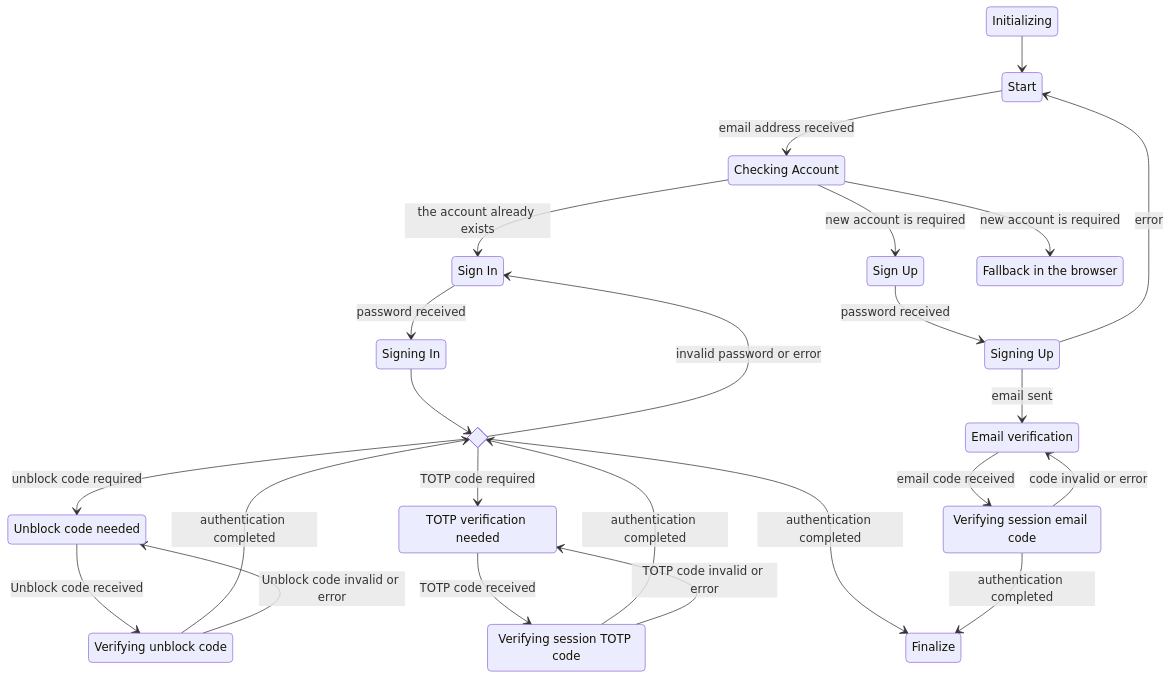
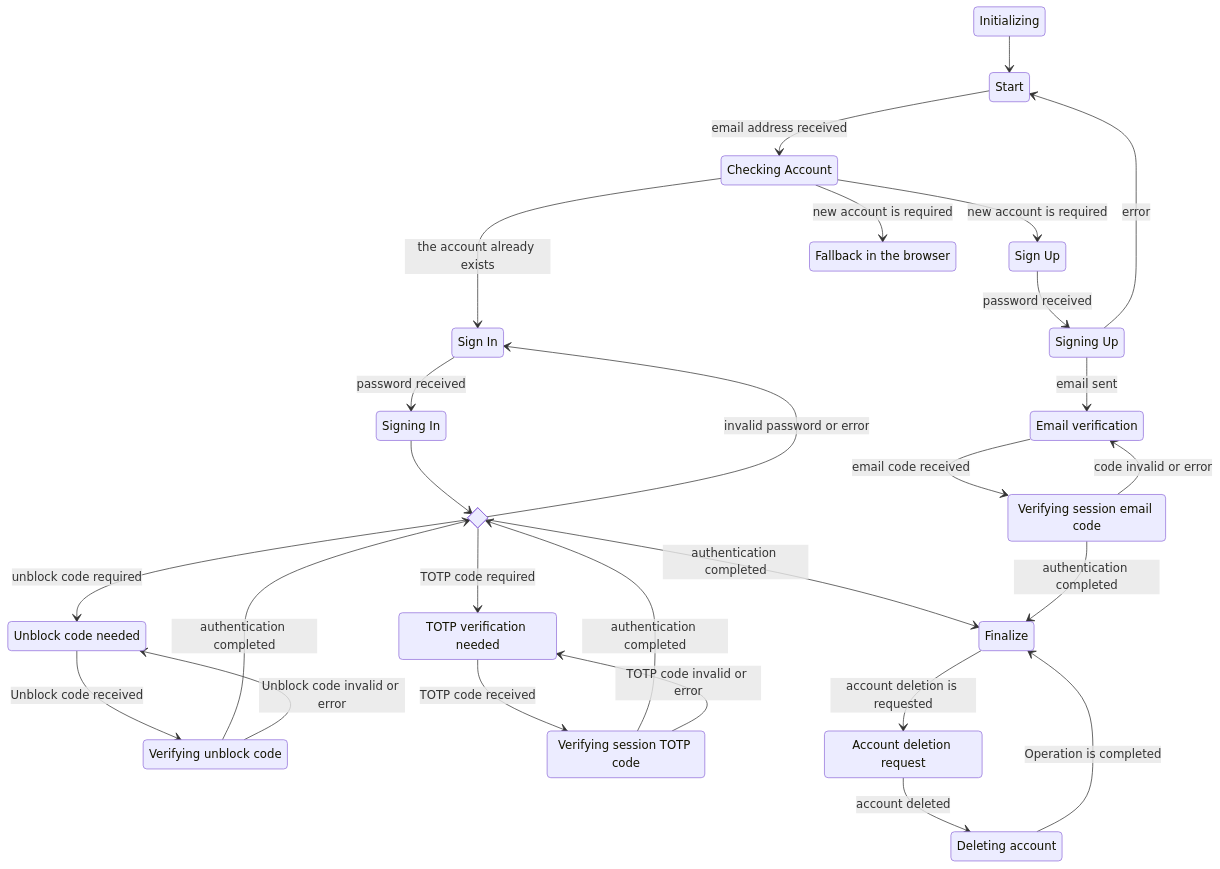
Before and after one commit to mozilla-mobile/mozilla-vpn-client: the diagram in docs/authentication-in-app.md, drawn with Mermaid. The commit also changed other lines of this file and 30 other files, not shown here.

Commit message:
Use the auth-in-app component for account deletion

````diff
--- a/docs/authentication-in-app.md
+++ b/docs/authentication-in-app.md
@@ -292,41 +314,46 @@
 ```mermaid
 stateDiagram-v2
   Start: Start
   CheckingAccount: Checking Account
   SignIn: Sign In
   SignUp: Sign Up
   Fallback: Fallback in the browser
   SigningIn: Signing In
   SigningUp: Signing Up
   UnblockCodeNeeded: Unblock code needed
   VerifyingUnblockCode: Verifying unblock code
   TOTPVerificationNeeded: TOTP verification needed
   VerifyingSessionTOTPCode: Verifying session TOTP code
   EmailVerification: Email verification
   VerifyingSessionEmailCode: Verifying session email code
   state signing_results <<choice>>
+  AccountDeletionRequest: Account deletion request
+  DeletingAccount: Deleting account
 
   Initializing --> Start
   Start --> CheckingAccount: email address received
   CheckingAccount --> SignIn: the account already exists
   CheckingAccount --> SignUp: new account is required
   CheckingAccount --> Fallback: new account is required
   SignIn --> SigningIn: password received
   SigningIn --> signing_results
   signing_results --> SignIn: invalid password or error
   signing_results --> UnblockCodeNeeded: unblock code required
   signing_results --> TOTPVerificationNeeded: TOTP code required
   signing_results --> Finalize: authentication completed
   UnblockCodeNeeded --> VerifyingUnblockCode: Unblock code received
   VerifyingUnblockCode --> signing_results: authentication completed
   VerifyingUnblockCode --> UnblockCodeNeeded: Unblock code invalid or error
   TOTPVerificationNeeded --> VerifyingSessionTOTPCode: TOTP code received
   VerifyingSessionTOTPCode --> signing_results: authentication completed
   VerifyingSessionTOTPCode --> TOTPVerificationNeeded: TOTP code invalid or error
   SignUp --> SigningUp: password received
   SigningUp --> EmailVerification: email sent
   SigningUp --> Start: error
   EmailVerification --> VerifyingSessionEmailCode: email code received
   VerifyingSessionEmailCode --> Finalize: authentication completed
   VerifyingSessionEmailCode --> EmailVerification: code invalid or error
+  Finalize --> AccountDeletionRequest: account deletion is requested
+  AccountDeletionRequest --> DeletingAccount: account deleted
+  DeletingAccount --> Finalize: Operation is completed
 ```
````
